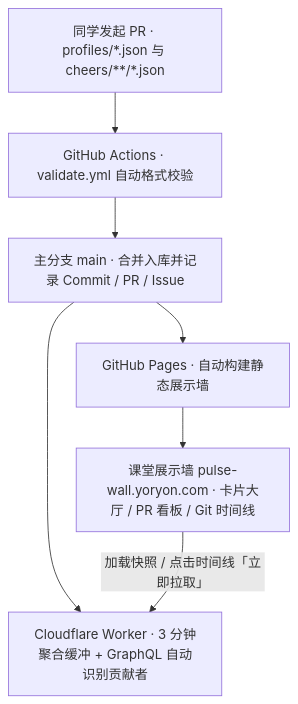
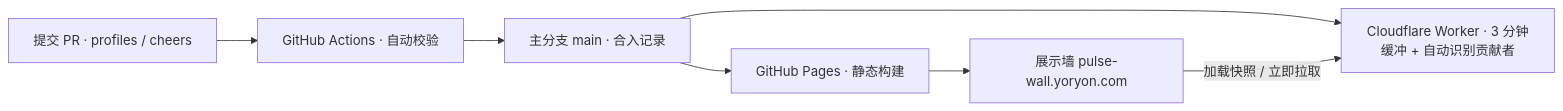
One commit to GGBound2026/open-source-pulse-wall changed the second of 2 diagrams in README.md. Above: the diagram before and after it, drawn with Mermaid. The commit also changed other lines of this file and 3 other files, not shown here.

````diff
--- a/README.md
+++ b/README.md
@@ -43,14 +43,14 @@
 ```mermaid
-flowchart TB
-  PR["同学发起 PR · profiles/*.json 与 cheers/**/*.json"]
-  CI["GitHub Actions · validate.yml 自动格式校验"]
-  Main["主分支 main · 合并入库并记录 Commit / PR / Issue"]
-  Pages["GitHub Pages · 自动构建静态展示墙"]
-  Worker["Cloudflare Worker · 3 分钟聚合缓冲 + GraphQL 自动识别贡献者"]
-  Wall["课堂展示墙 pulse-wall.yoryon.com · 卡片大厅 / PR 看板 / Git 时间线"]
+flowchart LR
+  PR["提交 PR · profiles / cheers"]
+  CI["GitHub Actions · 自动校验"]
+  Main["主分支 main · 合入记录"]
+  Pages["GitHub Pages · 静态构建"]
+  Worker["Cloudflare Worker · 3 分钟缓冲 + 自动识别贡献者"]
+  Wall["展示墙 pulse-wall.yoryon.com"]
 
   PR --> CI --> Main
   Main --> Pages --> Wall
   Main --> Worker
-  Wall -- "加载快照 / 点击时间线「立即拉取」" --> Worker
+  Wall -- "加载快照 / 立即拉取" --> Worker
 ```
````
